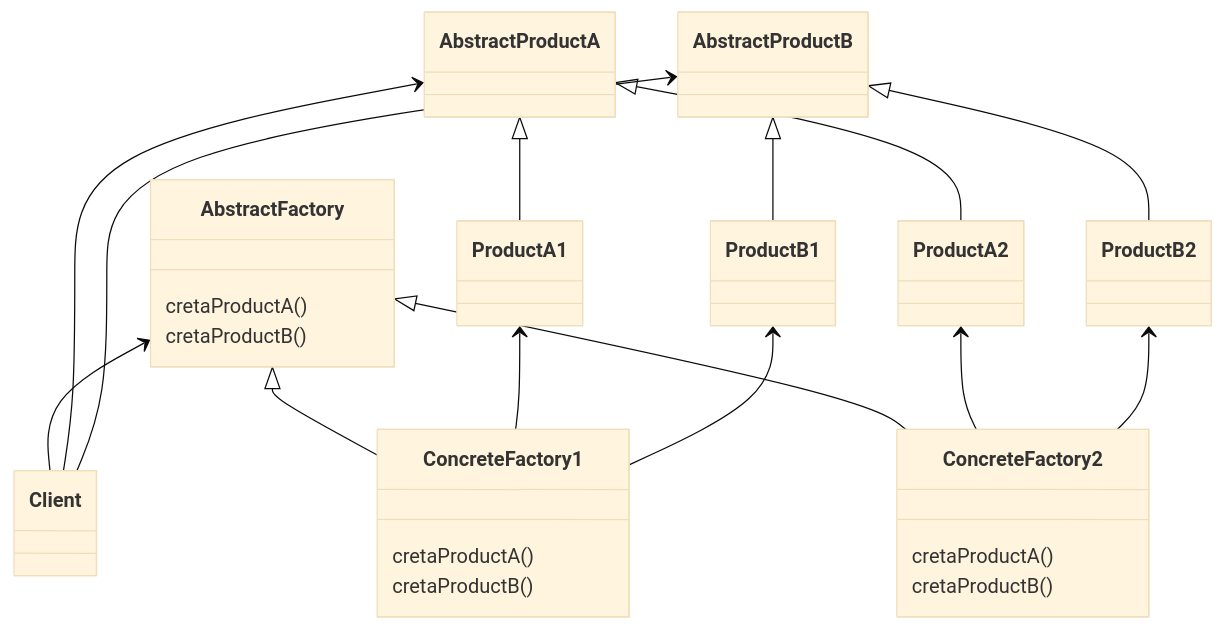
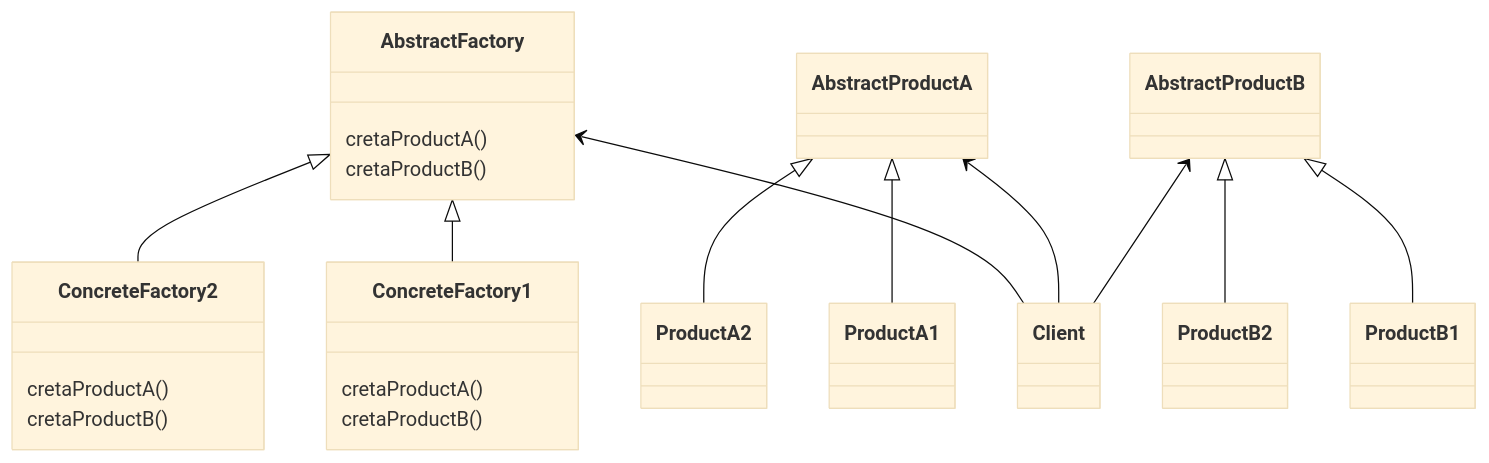
One commit to AhmedGharib0014/design_pattern_practice changed the third of 3 diagrams in design_pattern_practice/src/creational/factory/readme.md. Above: the diagram before and after it, drawn with Mermaid (base theme).

Commit message:
refactor :readme factory design pattern

````diff
--- a/design_pattern_practice/src/creational/factory/readme.md
+++ b/design_pattern_practice/src/creational/factory/readme.md
@@ -70,32 +70,28 @@
 ```mermaid
  classDiagram
     AbstractFactory <-- Client
     AbstractProductA <-- Client
     AbstractProductB <-- Client
     AbstractFactory <|-- ConcreteFactory1
     AbstractFactory <|-- ConcreteFactory2
-    ProductA1 <--ConcreteFactory1
-    ProductB1 <--ConcreteFactory1
-    ProductA2 <--ConcreteFactory2
-    ProductB2 <--ConcreteFactory2
     AbstractProductA <|-- ProductA1
     AbstractProductA <|-- ProductA2
     AbstractProductB <|-- ProductB1
     AbstractProductB <|-- ProductB2
     
     class AbstractFactory {
      cretaProductA()
      cretaProductB()
     } 
     
     class ConcreteFactory1 {
      cretaProductA()
      cretaProductB()
     }
     
     class ConcreteFactory2 {
      cretaProductA()
      cretaProductB()
     }
     
 ```
````
